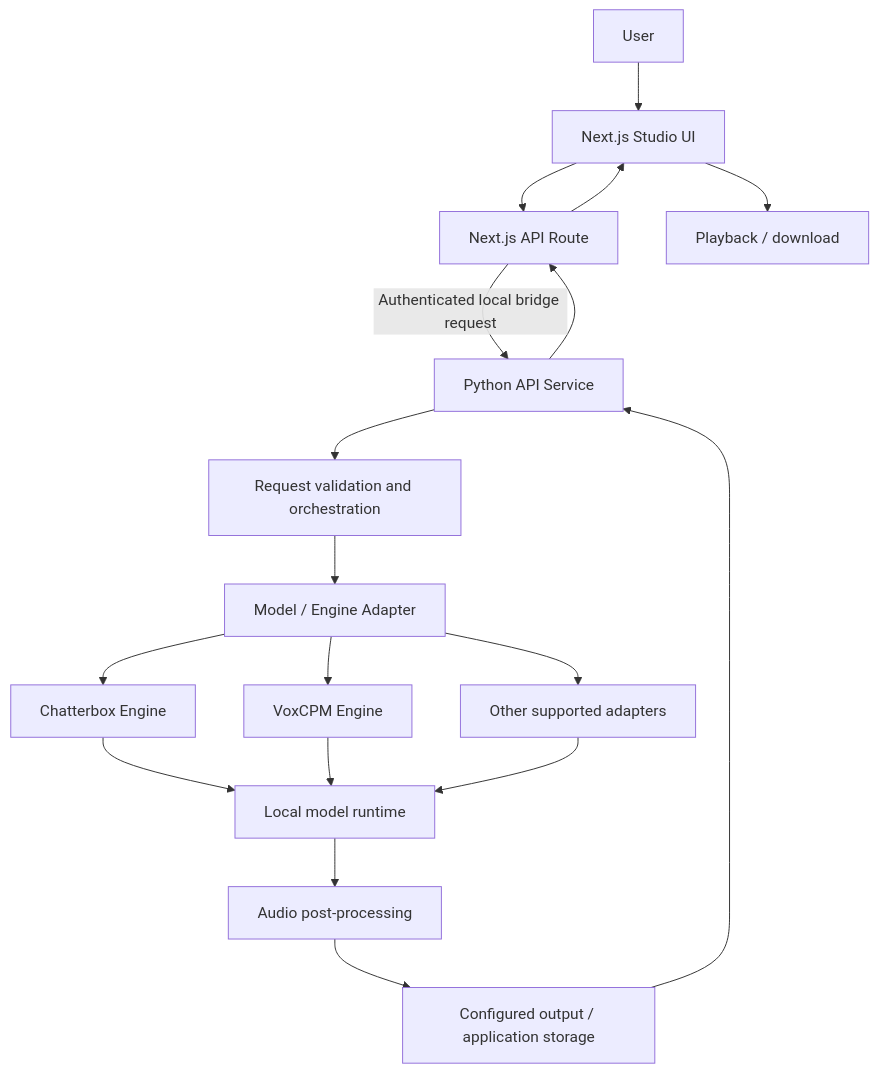
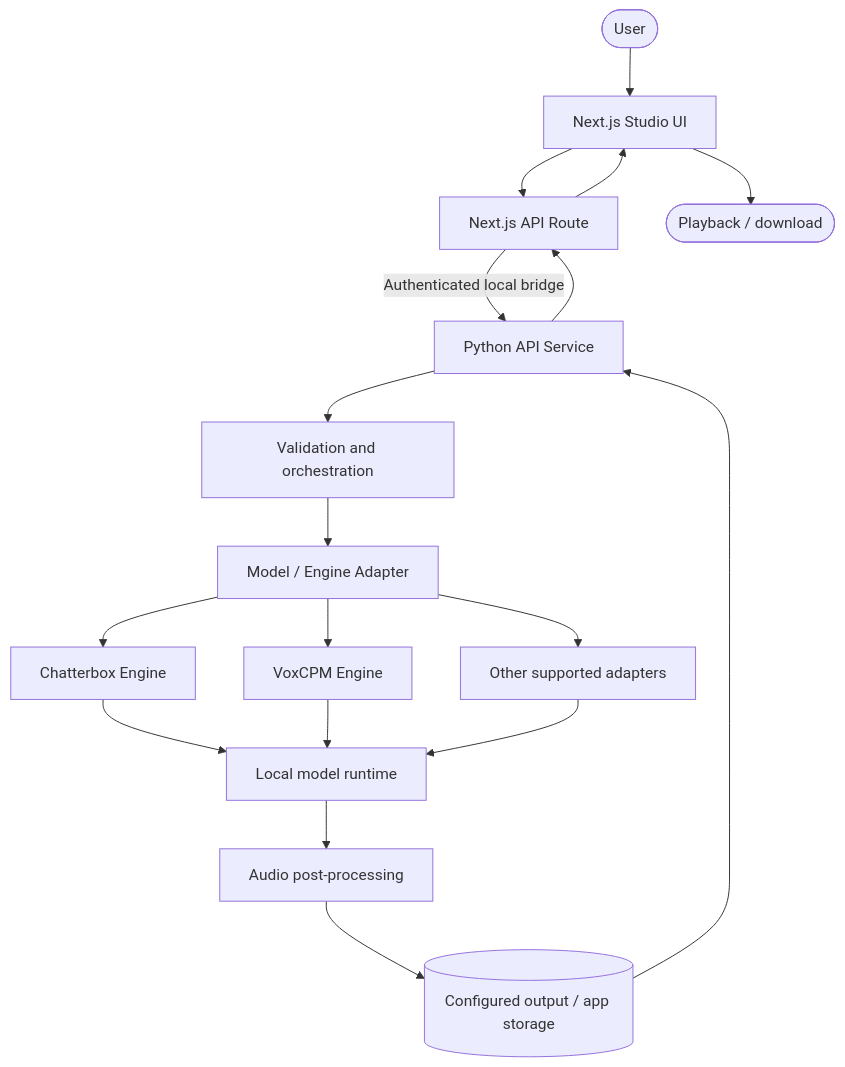
One commit to costaspinto/ArkByte-Voice-Studio changed the first of 5 diagrams in README.md. Above: the diagram before and after it, drawn with Mermaid. The commit also changed other lines of this file, not shown here.

Commit message:
docs: redesign ArkByte Voice Studio README

````diff
--- a/README.md
+++ b/README.md
@@ -99,20 +158,20 @@
 ```mermaid
 flowchart TB
-    U[User] --> UI[Next.js Studio UI]
+    U([User]) --> UI[Next.js Studio UI]
     UI --> API[Next.js API Route]
-    API -->|Authenticated local bridge request| SVC[Python API Service]
-    SVC --> VAL[Request validation and orchestration]
+    API -->|Authenticated local bridge| SVC[Python API Service]
+    SVC --> VAL[Validation and orchestration]
     VAL --> REG[Model / Engine Adapter]
     REG --> CH[Chatterbox Engine]
     REG --> VX[VoxCPM Engine]
     REG --> OTHER[Other supported adapters]
     CH --> INF[Local model runtime]
     VX --> INF
     OTHER --> INF
     INF --> POST[Audio post-processing]
-    POST --> STORE[Configured output / application storage]
+    POST --> STORE[(Configured output / app storage)]
     STORE --> SVC
     SVC --> API
     API --> UI
-    UI --> OUT[Playback / download]
+    UI --> OUT([Playback / download])
 ```
````
